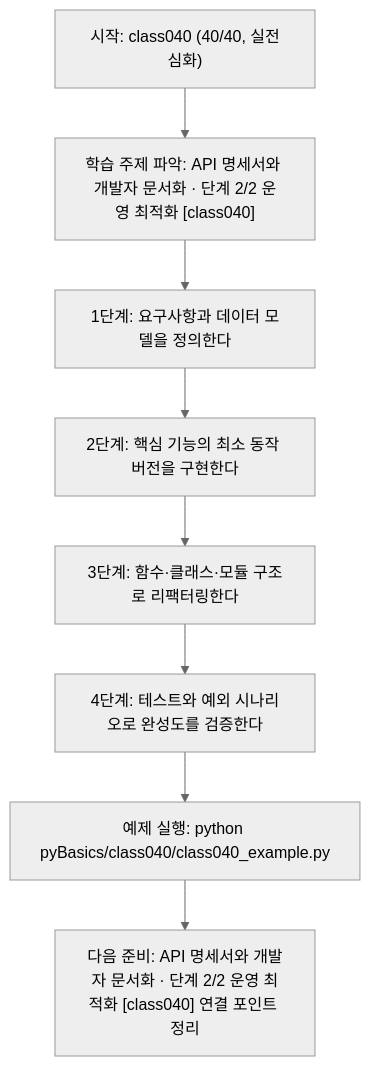
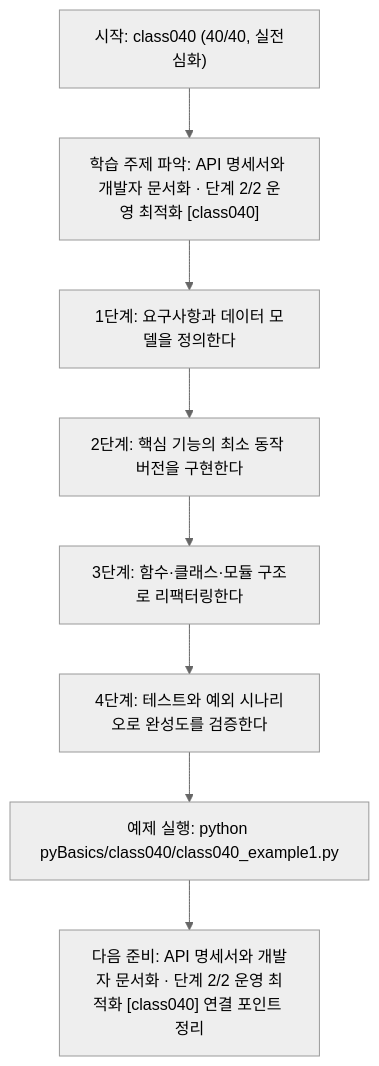
Before and after one commit to edumgt/Python-AI_Agent-Class: the diagram in pyBasics/class040/class040.md, drawn with Mermaid (neutral theme). The commit also changed other lines of this file and 2959 other files, not shown here.

````diff
--- a/pyBasics/class040/class040.md
+++ b/pyBasics/class040/class040.md
@@ -108,18 +108,18 @@
 ```mermaid
 flowchart TD
 N1["시작: class040 (40/40, 실전심화)"]
 N2["학습 주제 파악: API 명세서와 개발자 문서화 · 단계 2/2 운영 최적화 [class040]"]
 N3["1단계: 요구사항과 데이터 모델을 정의한다"]
 N4["2단계: 핵심 기능의 최소 동작 버전을 구현한다"]
 N5["3단계: 함수·클래스·모듈 구조로 리팩터링한다"]
 N6["4단계: 테스트와 예외 시나리오로 완성도를 검증한다"]
-N7["예제 실행: python pyBasics/class040/class040_example.py"]
+N7["예제 실행: python pyBasics/class040/class040_example1.py"]
 N8["다음 준비: API 명세서와 개발자 문서화 · 단계 2/2 운영 최적화 [class040] 연결 포인트 정리"]
 N1 --> N2
 N2 --> N3
 N3 --> N4
 N4 --> N5
 N5 --> N6
 N6 --> N7
 N7 --> N8
 ```
````
